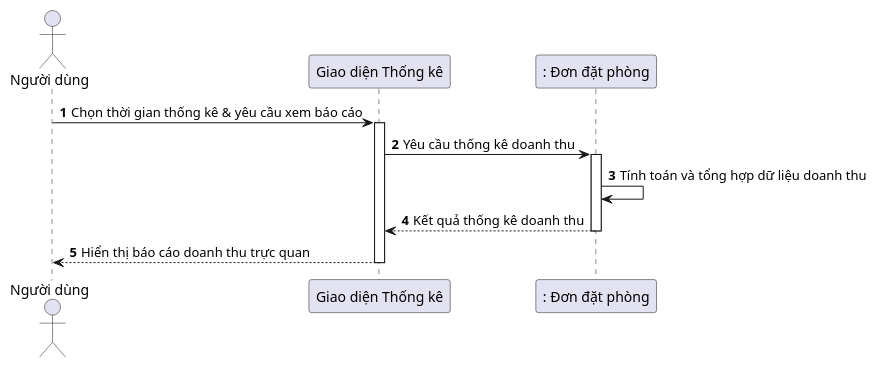
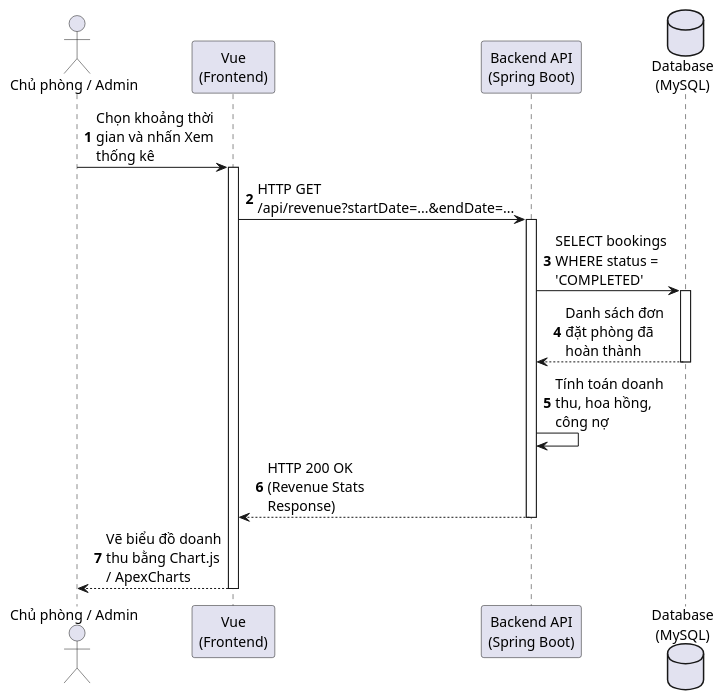
One commit to kienpham23/BuddingHotelStay-frontend changed diagram 13 of 28 in huong_dan_ve_bieu_do.md. Above: the diagram before and after it, drawn with PlantUML. The commit also changed other lines of this file and 16 other files, not shown here.

Commit message:
Cập nhập sửa giao diện

````diff
--- a/huong_dan_ve_bieu_do.md
+++ b/huong_dan_ve_bieu_do.md
@@ -422,20 +452,28 @@
 ```plantuml
 @startuml
 autonumber
-actor "Người dùng" as User
-participant "Giao diện Thống kê" as GUI
-participant ": Đơn đặt phòng" as Booking
+skinparam DefaultFontSize 14
+skinparam MaxMessageSize 120
+skinparam ParticipantPadding 10
+skinparam BoxPadding 10
 
-User -> GUI : Chọn thời gian thống kê & yêu cầu xem báo cáo
-activate GUI
+actor "Chủ phòng / Admin" as User
+participant "Vue\n(Frontend)" as Vue
+participant "Backend API\n(Spring Boot)" as API
+database "Database\n(MySQL)" as DB
 
-GUI -> Booking : Yêu cầu thống kê doanh thu
-activate Booking
-Booking -> Booking : Tính toán và tổng hợp dữ liệu doanh thu
-Booking --> GUI : Kết quả thống kê doanh thu
-deactivate Booking
-
-GUI --> User : Hiển thị báo cáo doanh thu trực quan
-deactivate GUI
+User -> Vue : Chọn khoảng thời gian và nhấn Xem thống kê
+activate Vue
+Vue -> API : HTTP GET /api/revenue?startDate=...&endDate=...
+activate API
+API -> DB : SELECT bookings WHERE status = 'COMPLETED'
+activate DB
+DB --> API : Danh sách đơn đặt phòng đã hoàn thành
+deactivate DB
+API -> API : Tính toán doanh thu, hoa hồng, công nợ
+API --> Vue : HTTP 200 OK (Revenue Stats Response)
+deactivate API
+Vue --> User : Vẽ biểu đồ doanh thu bằng Chart.js / ApexCharts
+deactivate Vue
 @enduml
 ```
````
